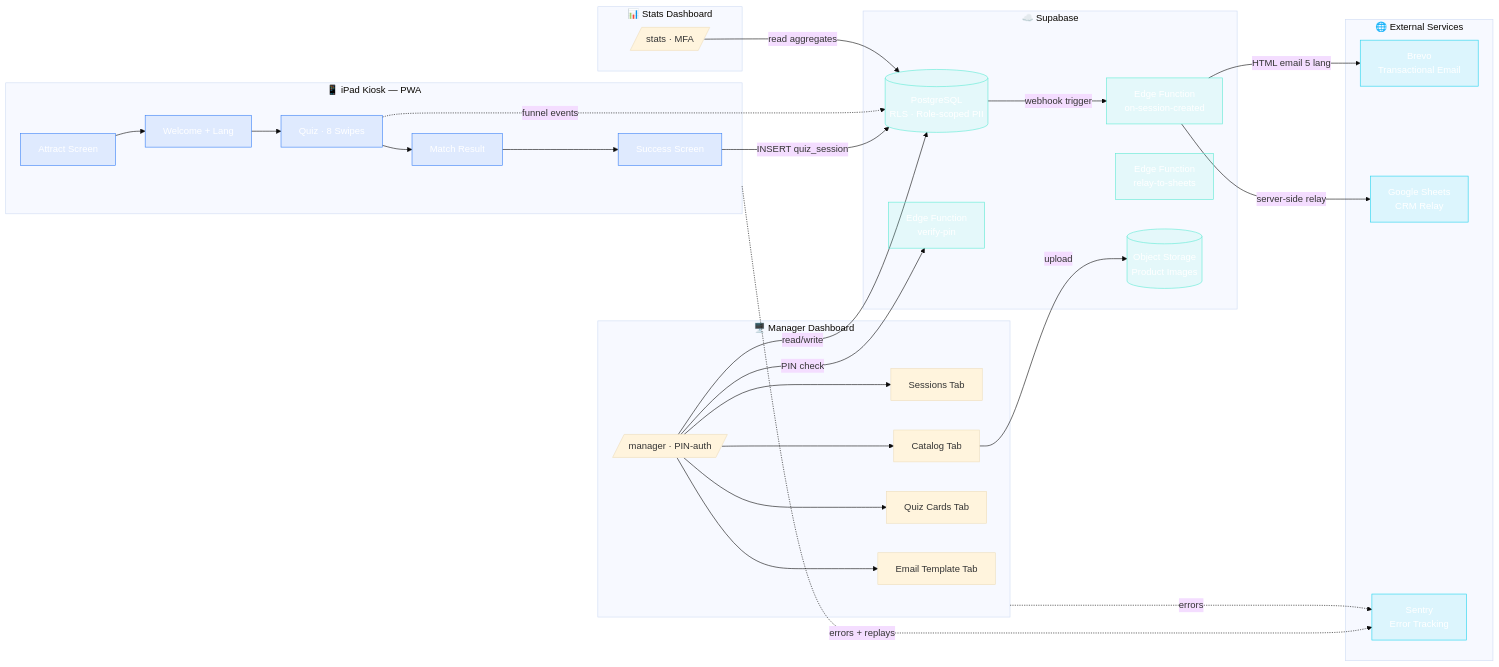
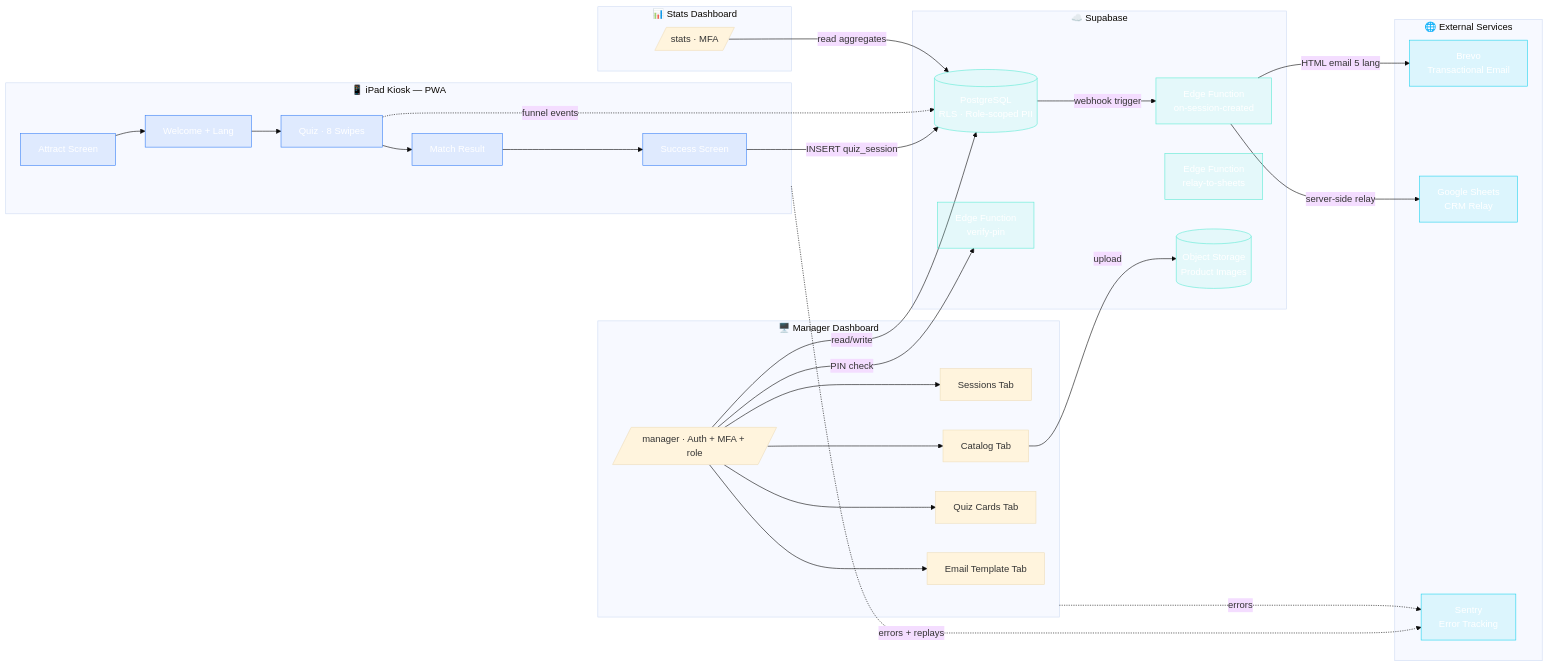
One commit to ProgAnakin/Suaipe changed the diagram in README.md. Above: the diagram before and after it, drawn with Mermaid (base theme). The commit also changed other lines of this file and 97 other files, not shown here.

````diff
--- a/README.md
+++ b/README.md
@@ -72,55 +74,55 @@
 ```mermaid
 flowchart LR
   subgraph iPad["📱 iPad Kiosk — PWA"]
     A[Attract Screen] --> W[Welcome + Lang]
     W --> Q[Quiz · 8 Swipes]
     Q --> M[Match Result]
     M --> S[Success Screen]
   end
 
   subgraph Manager["🖥️ Manager Dashboard"]
-    D[/manager · PIN-auth/]
+    D[/manager · Auth + MFA + role/]
     D --> Sessions[Sessions Tab]
     D --> Catalog[Catalog Tab]
     D --> Cards[Quiz Cards Tab]
     D --> Email[Email Template Tab]
   end
 
   subgraph Stats["📊 Stats Dashboard"]
     ST[/stats · MFA/]
   end
 
   subgraph Supabase["☁️ Supabase"]
     DB[(PostgreSQL<br/>RLS · Role-scoped PII)]
     EF1[Edge Function<br/>on-session-created]
     EF2[Edge Function<br/>verify-pin]
     EF3[Edge Function<br/>relay-to-sheets]
     Storage[(Object Storage<br/>Product Images)]
   end
 
   subgraph External["🌐 External Services"]
     Brevo[Brevo<br/>Transactional Email]
     Sheets[Google Sheets<br/>CRM Relay]
     Sentry[Sentry<br/>Error Tracking]
   end
 
   S -->|INSERT quiz_session| DB
   DB -->|webhook trigger| EF1
   EF1 -->|HTML email 5 lang| Brevo
   EF1 -->|server-side relay| Sheets
   Q -.->|funnel events| DB
   D -->|read/write| DB
   D -->|PIN check| EF2
   ST -->|read aggregates| DB
   Catalog -->|upload| Storage
 
   iPad -.->|errors + replays| Sentry
   Manager -.->|errors| Sentry
 
   classDef ipad fill:#3b82f620,stroke:#3b82f6,color:#fff
   classDef supa fill:#5eead420,stroke:#5eead4,color:#fff
   classDef ext fill:#22d3ee20,stroke:#22d3ee,color:#fff
   class A,W,Q,M,S ipad
   class DB,EF1,EF2,EF3,Storage supa
   class Brevo,Sheets,Sentry ext
 ```
````
